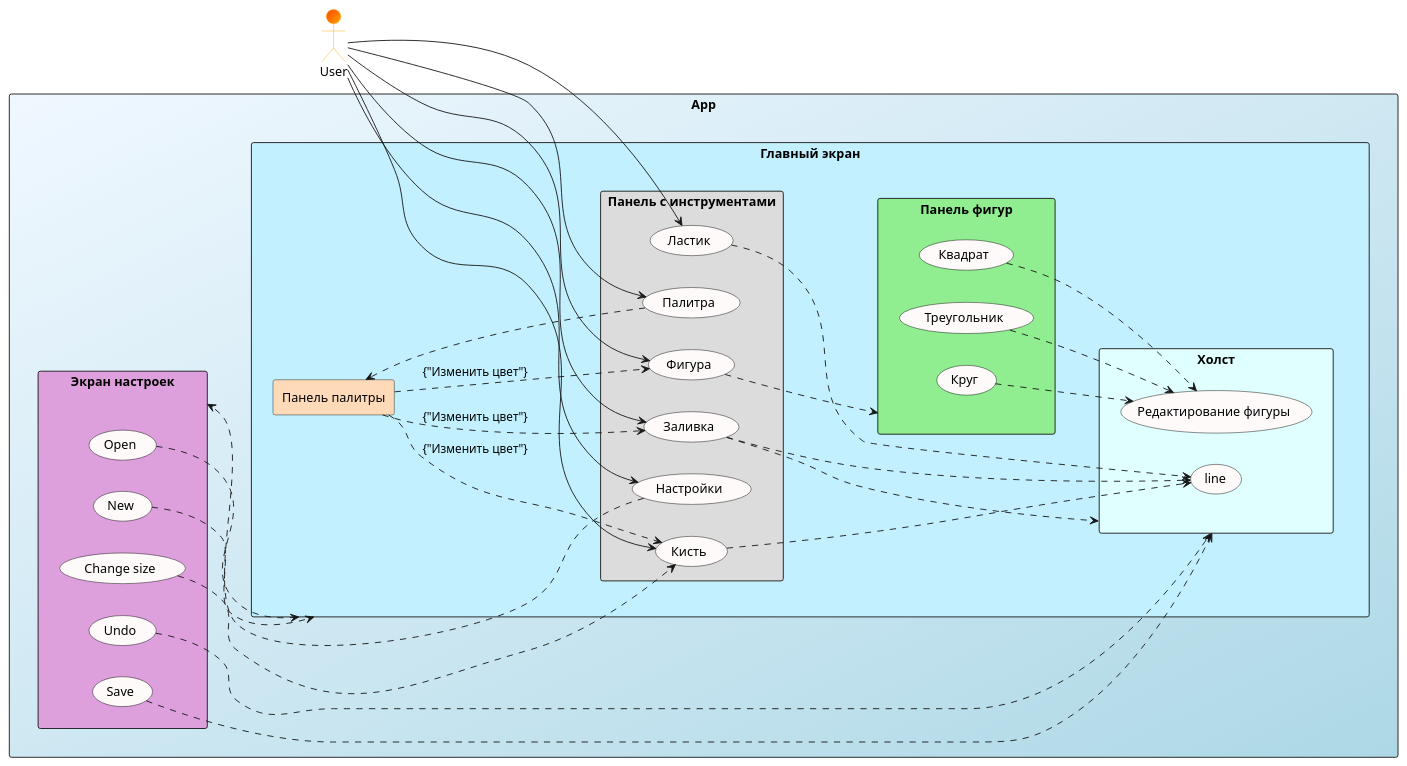
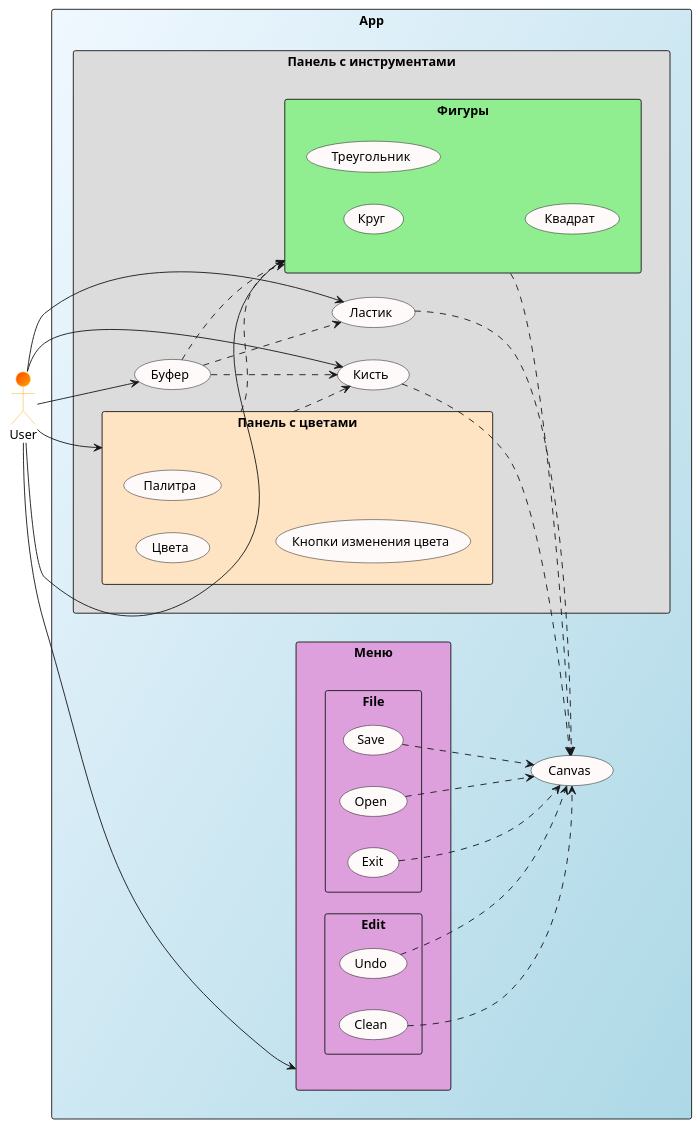
One commit to UnVeh/reposit changed the diagram in diagrams/func.puml. Above: the diagram before and after it, drawn with PlantUML.

```diff
--- a/diagrams/func.puml
+++ b/diagrams/func.puml
@@ -1,83 +1,80 @@
 @startuml
 skinparam actor {
     BackgroundColor OrangeRed/Orange
     BorderColor Orange
 }
+
 
 skinparam usecase {
     BackgroundColor Snow
     BorderColor Black    
 }
 
 
 left to right direction
 
 actor User as User
 
 rectangle App #AliceBlue/LightBlue {
-
-rectangle "Главный экран" #APPLICATION {
+    usecase Canvas
 
 rectangle "Панель с инструментами" as ins #Gainsboro{
-    usecase "Настройки" as settings
-    usecase "Ластик" as erazer
+rectangle "Панель с цветами" as col #Bisque {
+    usecase "Цвета" 
+    usecase "Палитра" as pal
+    usecase "Кнопки изменения цвета" 
+    User --> col
+}
+
+    usecase "Ластик" as eraser
     usecase "Кисть" as brush
-    usecase "Заливка" as z
-    usecase "Фигура" as f
-    usecase "Палитра" as pal
-   
-    User --> settings
-    User --> erazer
+    usecase "Буфер" as bf
+
+    User --> eraser
     User --> brush
-    User --> z
-    User --> f
-    User --> pal
+    User --> bf
+    col ..> brush
+    col ..> "Фигуры"
+    eraser ..> Canvas
+    brush ..> Canvas
+    bf ..> brush
+    bf ..> eraser
+    bf ..> "Фигуры"
+
 }
-rectangle "Панель палитры" as pp #PeachPuff {
-    pp ..> brush : {"Изменить цвет"}
-    pp ..> z : {"Изменить цвет"}
-    pp ..> f : {"Изменить цвет"}
-    pal ..> pp
-}
-rectangle "Панель фигур" #LightGreen {
+
+rectangle "Фигуры" #LightGreen {
     usecase "Круг" as el
     usecase "Треугольник" as tr 
     usecase "Квадрат" as sq
+    "Фигуры" ..> Canvas
+    User --> "Фигуры"
+    
 
 }
-rectangle "Холст" as Canvas #LightCyan{
-    usecase line
-    usecase "Редактирование фигуры" as redf
-    tr ..> redf
-    el ..> redf
-    sq ..> redf
+
+rectangle "Меню" #Plum{
+rectangle File {
+    usecase Save
+    usecase Open
+    usecase Exit
+
+    Open ..> Canvas
+    Save ..> Canvas
+    Exit ..> Canvas
+    User --> "Меню"
+}
+
+rectangle Edit {
+    usecase Undo
+    usecase Clean
+
+    Undo ..> Canvas
+    Clean ..> Canvas
 }
 
 }
-rectangle "Экран настроек" #Plum{
-    usecase Undo
-    usecase Save
-    usecase New
-    usecase Open
-    usecase "Change size" as CS
-    settings ..> "Экран настроек"
-    New ..> "Главный экран"
-    Open ..> "Главный экран"
-
 }
 
-}
-
-brush ..> line 
-erazer ..> line 
-z ..> Canvas
-z ..> line 
-
-Undo ..> Canvas
-Save ..> Canvas
-
-CS ..> brush
-f ..> "Панель фигур"
-
-
+    
 @enduml
```
